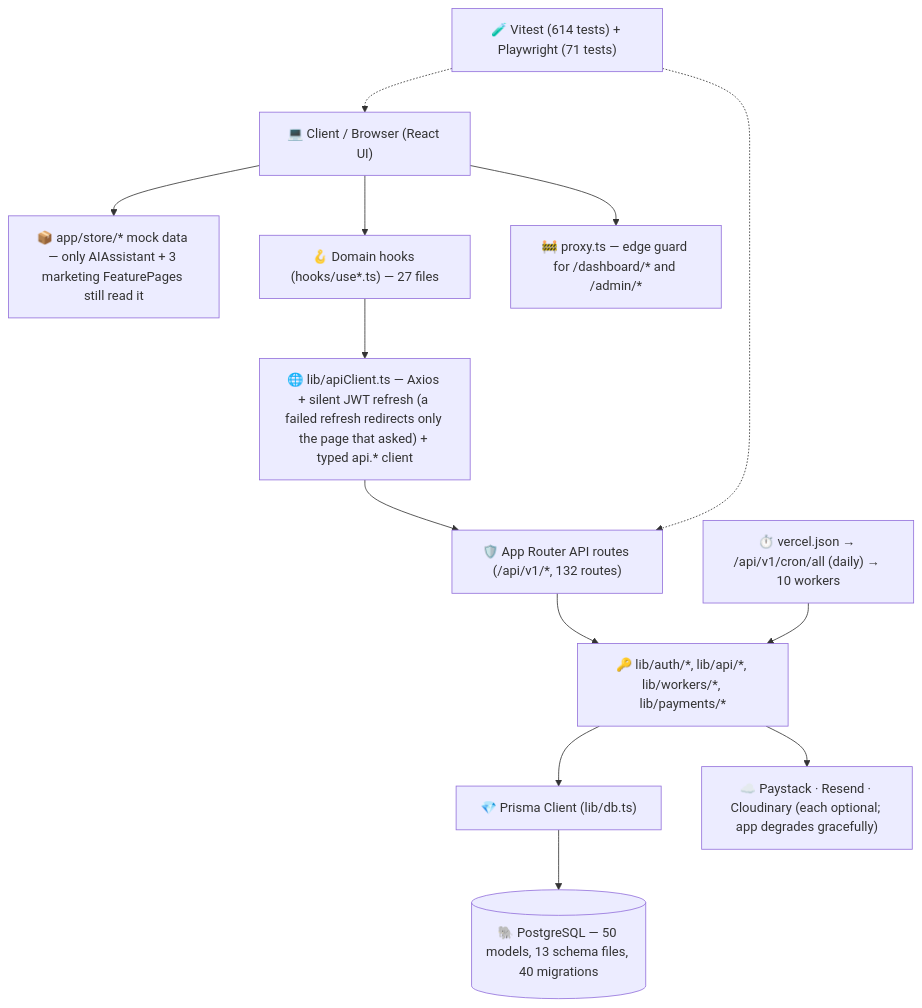
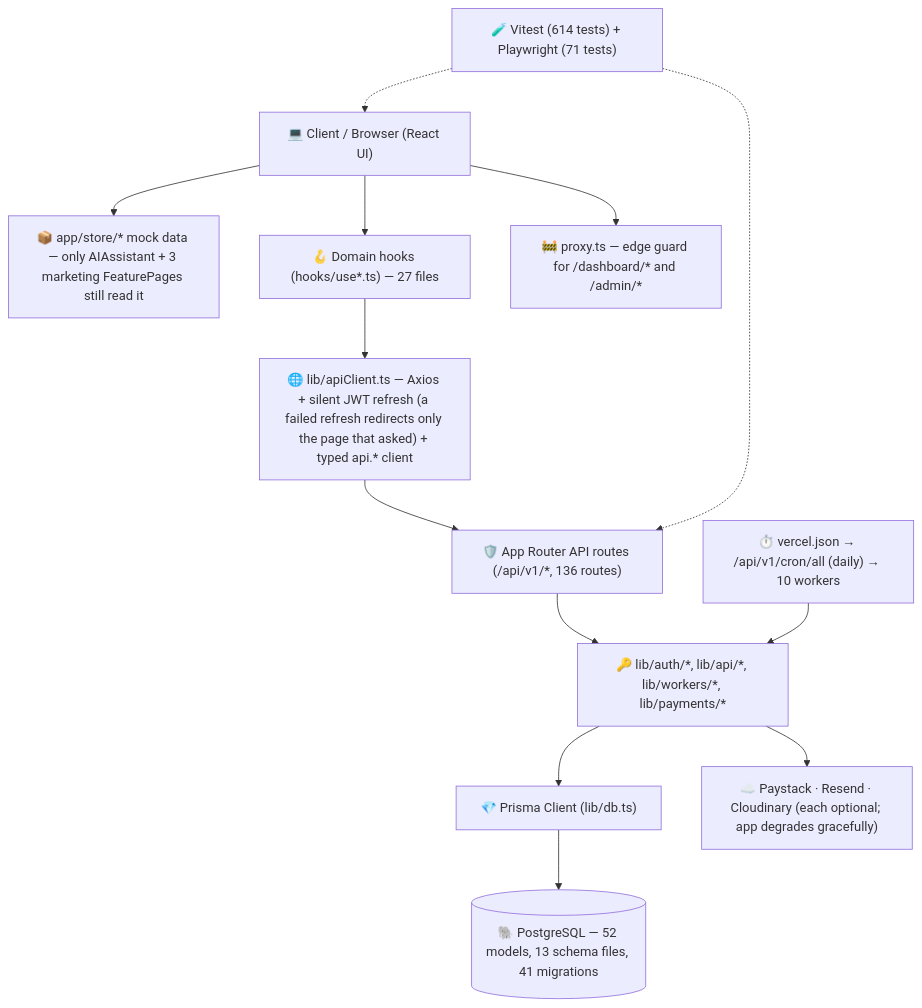
One commit to Proplity/proplity changed the diagram in PROJECT_STRUCTURE.md. Above: the diagram before and after it, drawn with Mermaid. The commit also changed other lines of this file and 33 other files, not shown here.

````diff
--- a/PROJECT_STRUCTURE.md
+++ b/PROJECT_STRUCTURE.md
@@ -11,28 +11,28 @@
 ```mermaid
 graph TD
     Client["💻 Client / Browser (React UI)"]
     Store["📦 app/store/* mock data — only AIAssistant + 3 marketing FeaturePages still read it"]
     Hooks["🪝 Domain hooks (hooks/use*.ts) — 27 files"]
     ApiClient["🌐 lib/apiClient.ts — Axios + silent JWT refresh (a failed refresh redirects only the page that asked) + typed api.* client"]
     Proxy["🚧 proxy.ts — edge guard for /dashboard/* and /admin/*"]
-    NextApi["🛡️ App Router API routes (/api/v1/*, 132 routes)"]
+    NextApi["🛡️ App Router API routes (/api/v1/*, 136 routes)"]
     LibCore["🔑 lib/auth/*, lib/api/*, lib/workers/*, lib/payments/*"]
     PrismaClient["💎 Prisma Client (lib/db.ts)"]
-    Postgres[("🐘 PostgreSQL — 50 models, 13 schema files, 40 migrations")]
+    Postgres[("🐘 PostgreSQL — 52 models, 13 schema files, 41 migrations")]
     Cron["⏱️ vercel.json → /api/v1/cron/all (daily) → 10 workers"]
     Ext["☁️ Paystack · Resend · Cloudinary (each optional; app degrades gracefully)"]
     Tests["🧪 Vitest (614 tests) + Playwright (71 tests)"]
 
     Client --> Store
     Client --> Proxy
     Client --> Hooks
     Hooks --> ApiClient
     ApiClient --> NextApi
     NextApi --> LibCore
     LibCore --> PrismaClient
     LibCore --> Ext
     Cron --> LibCore
     PrismaClient --> Postgres
     Tests -.-> NextApi
     Tests -.-> Client
 ```
````
